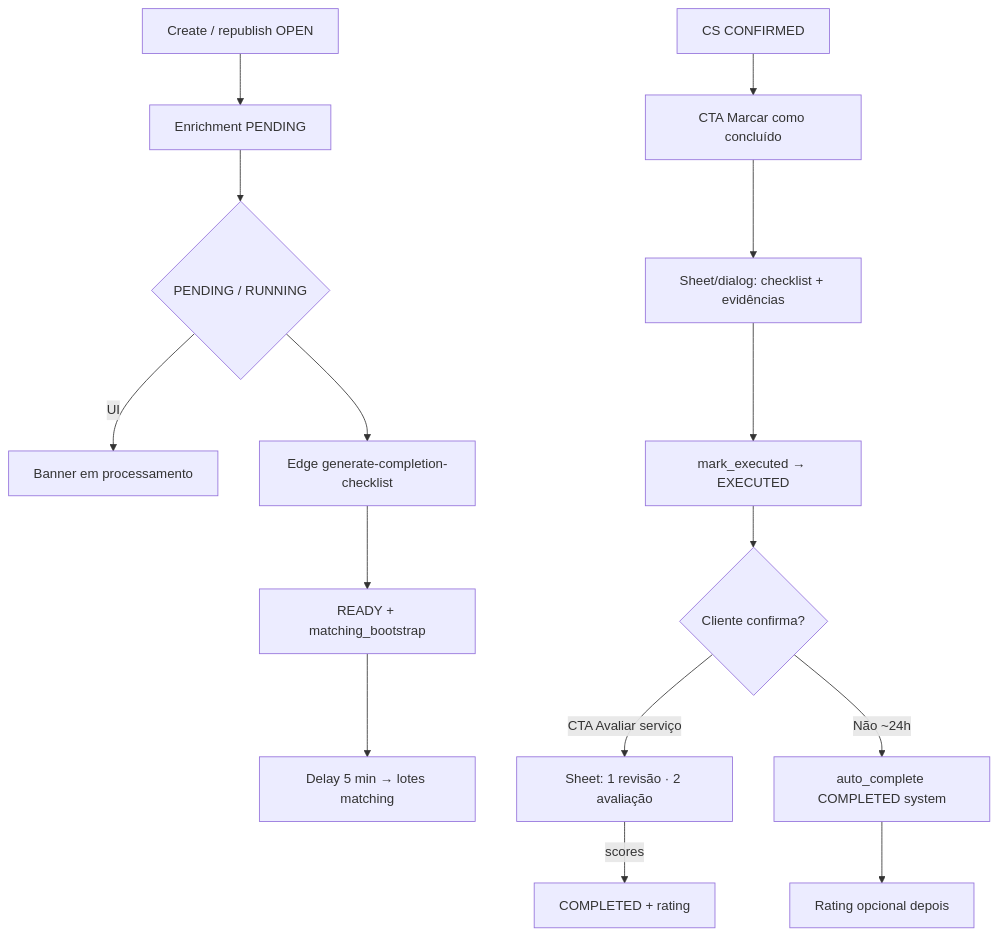
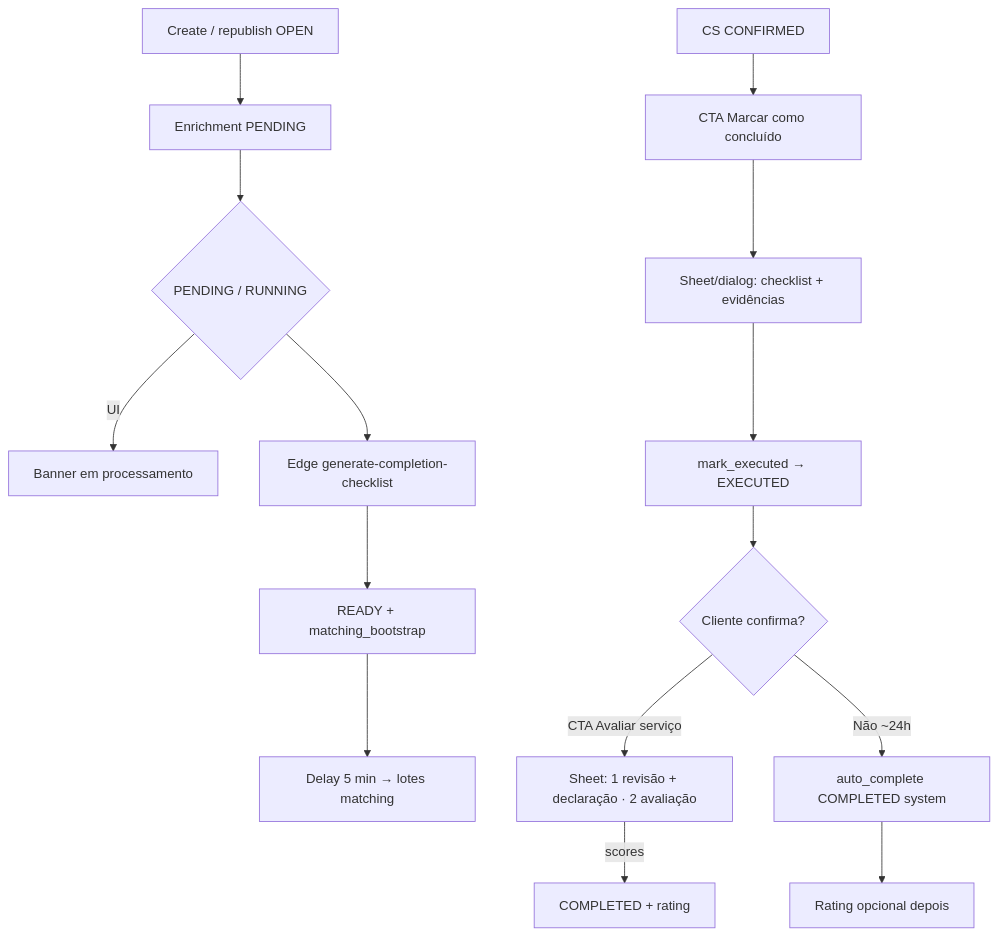
Before and after one commit to higorpo/renovi-orbit-test: the diagram in docs/business/modulos/service-completion/features/conclusao-e-enrichment.md, drawn with Mermaid. The commit also changed other lines of this file and 8 other files, not shown here.

````diff
--- a/docs/business/modulos/service-completion/features/conclusao-e-enrichment.md
+++ b/docs/business/modulos/service-completion/features/conclusao-e-enrichment.md
@@ -48,17 +48,17 @@
 ```mermaid
 flowchart TD
   A[Create / republish OPEN] --> B[Enrichment PENDING]
   B --> C{PENDING / RUNNING}
   C -->|UI| D[Banner em processamento]
   C --> E[Edge generate-completion-checklist]
   E --> F[READY + matching_bootstrap]
   F --> G[Delay 5 min → lotes matching]
   H[CS CONFIRMED] --> I[CTA Marcar como concluído]
   I --> I2[Sheet/dialog: checklist + evidências]
   I2 --> J[mark_executed → EXECUTED]
   J --> K{Cliente confirma?}
-  K -->|CTA Avaliar serviço| K2[Sheet: 1 revisão · 2 avaliação]
+  K -->|CTA Avaliar serviço| K2[Sheet: 1 revisão + declaração · 2 avaliação]
   K2 -->|scores| L[COMPLETED + rating]
   K -->|Não ~24h| M[auto_complete COMPLETED system]
   M --> N[Rating opcional depois]
 ```
````
